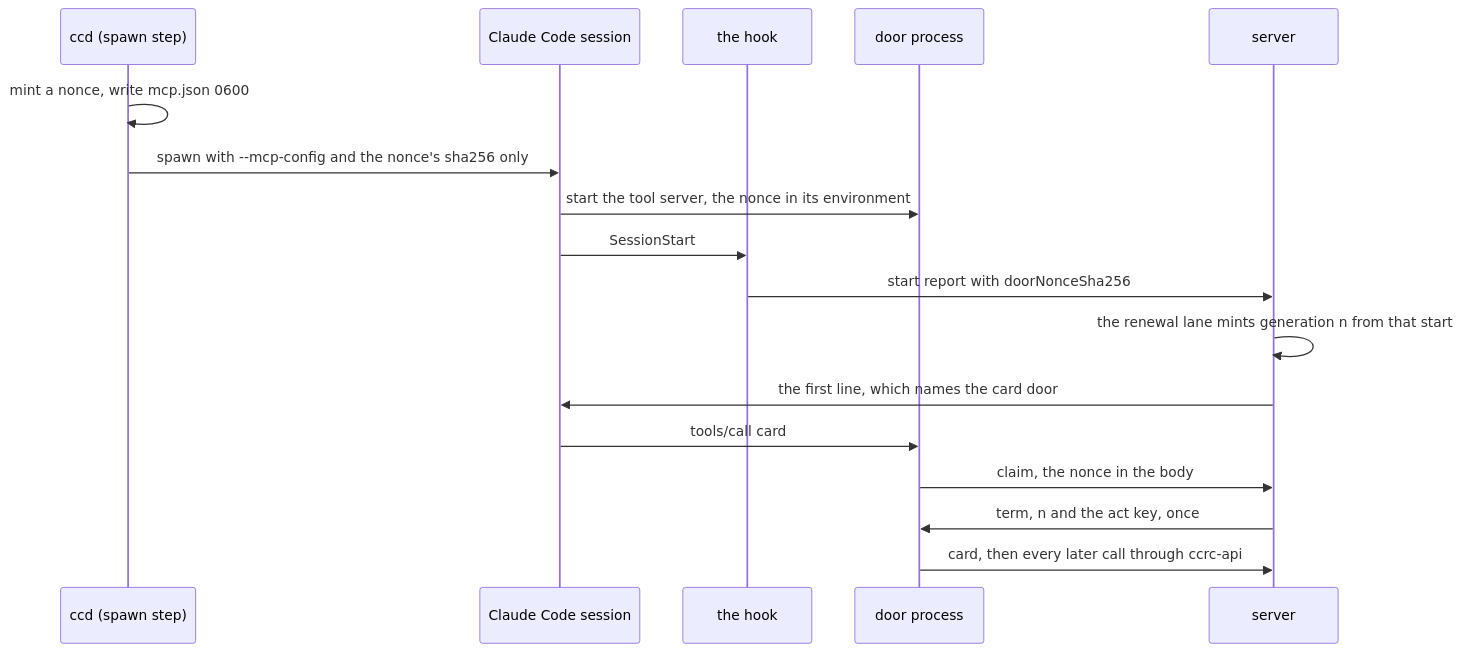
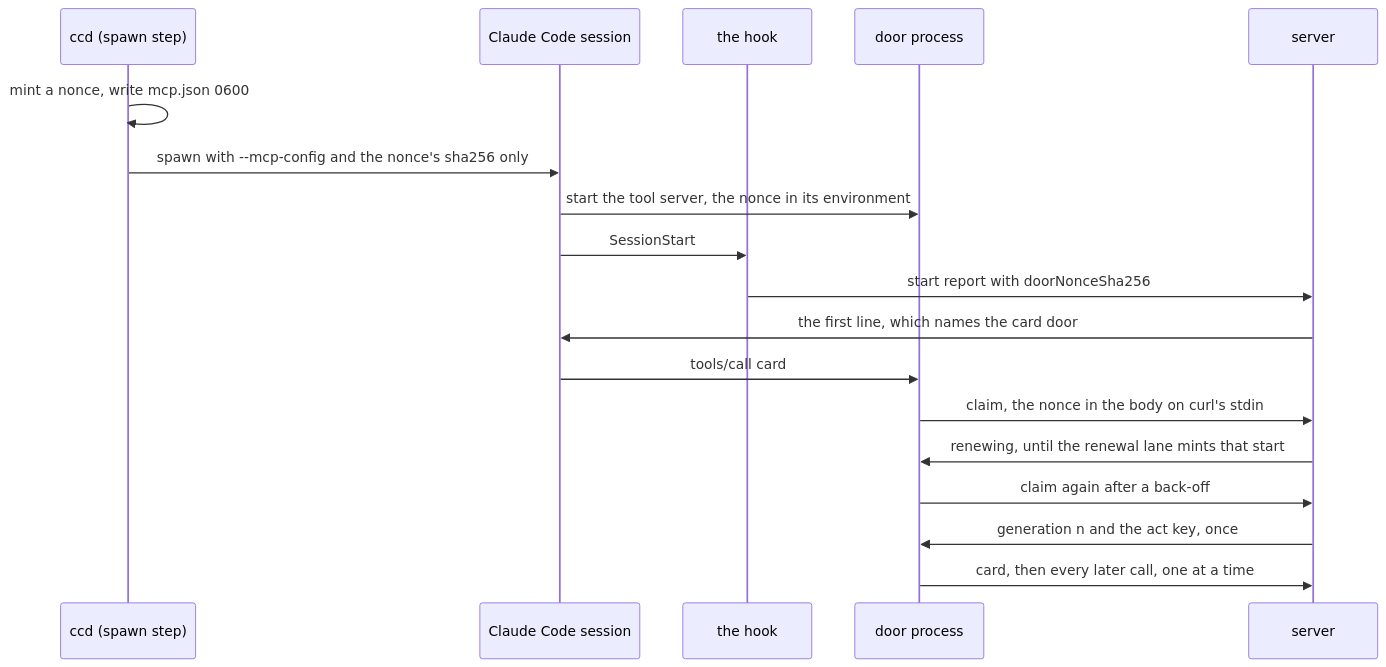
The first of 2 diagrams in docs/superpowers/plans/2026-11-14-overlord-w1/w1-door-process.md (Synapsium-Labs/ccrc-pwa), drawn with Mermaid before and after one commit. The commit also changed other lines of this file and 1 other file, not shown here.

````diff
--- a/docs/superpowers/plans/2026-11-14-overlord-w1/w1-door-process.md
+++ b/docs/superpowers/plans/2026-11-14-overlord-w1/w1-door-process.md
@@ -327,19 +396,20 @@
 ```mermaid
 sequenceDiagram
   participant C as ccd (spawn step)
   participant CC as Claude Code session
   participant H as the hook
   participant D as door process
   participant S as server
   C->>C: mint a nonce, write mcp.json 0600
   C->>CC: spawn with --mcp-config and the nonce's sha256 only
   CC->>D: start the tool server, the nonce in its environment
   CC->>H: SessionStart
   H->>S: start report with doorNonceSha256
-  S->>S: the renewal lane mints generation n from that start
   S->>CC: the first line, which names the card door
   CC->>D: tools/call card
-  D->>S: claim, the nonce in the body
-  S->>D: term, n and the act key, once
-  D->>S: card, then every later call through ccrc-api
+  D->>S: claim, the nonce in the body on curl's stdin
+  S->>D: renewing, until the renewal lane mints that start
+  D->>S: claim again after a back-off
+  S->>D: generation n and the act key, once
+  D->>S: card, then every later call, one at a time
 ```
````
